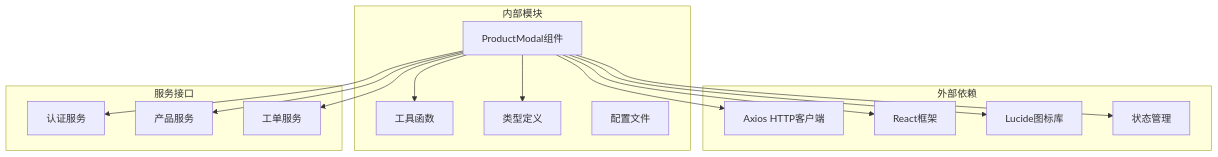
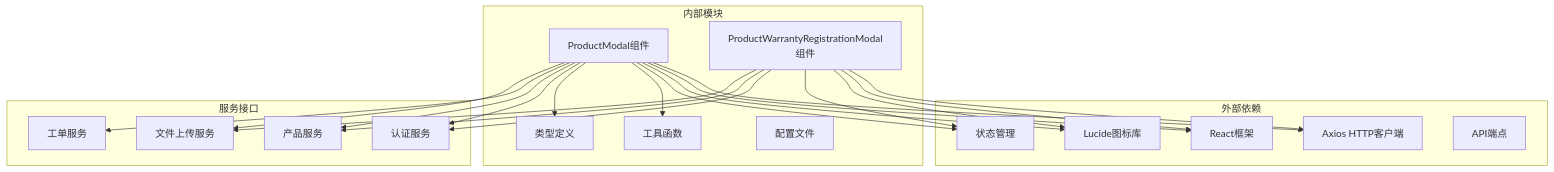
Before and after one commit to CubeEdge/Longhorn: diagram 13 of 14 in .qoder/repowiki/zh/content/前端组件架构/产品详情页面组件/产品编辑模态框.md, drawn with Mermaid. The commit also changed other lines of this file and 47 other files, not shown here.

````diff
--- a/.qoder/repowiki/zh/content/前端组件架构/产品详情页面组件/产品编辑模态框.md
+++ b/.qoder/repowiki/zh/content/前端组件架构/产品详情页面组件/产品编辑模态框.md
@@ -379,29 +511,40 @@
 ```mermaid
 graph TB
 subgraph "外部依赖"
 AXIOS[Axios HTTP客户端]
 REACT[React框架]
 LUCIDE[Lucide图标库]
 STORE[状态管理]
+ENDPOINT[API端点]
 end
 subgraph "内部模块"
 MODAL[ProductModal组件]
+WARRANTY_MODAL[ProductWarrantyRegistrationModal组件]
 UTILS[工具函数]
 TYPES[类型定义]
 CONFIG[配置文件]
 end
 subgraph "服务接口"
 AUTH_SERVICE[认证服务]
 PRODUCT_SERVICE[产品服务]
 TICKET_SERVICE[工单服务]
+UPLOAD_SERVICE[文件上传服务]
 end
 MODAL --> AXIOS
 MODAL --> REACT
 MODAL --> LUCIDE
 MODAL --> STORE
 MODAL --> UTILS
 MODAL --> TYPES
 MODAL --> AUTH_SERVICE
 MODAL --> PRODUCT_SERVICE
 MODAL --> TICKET_SERVICE
+MODAL --> UPLOAD_SERVICE
+WARRANTY_MODAL --> AXIOS
+WARRANTY_MODAL --> REACT
+WARRANTY_MODAL --> LUCIDE
+WARRANTY_MODAL --> STORE
+WARRANTY_MODAL --> AUTH_SERVICE
+WARRANTY_MODAL --> PRODUCT_SERVICE
+WARRANTY_MODAL --> UPLOAD_SERVICE
 ```
````
